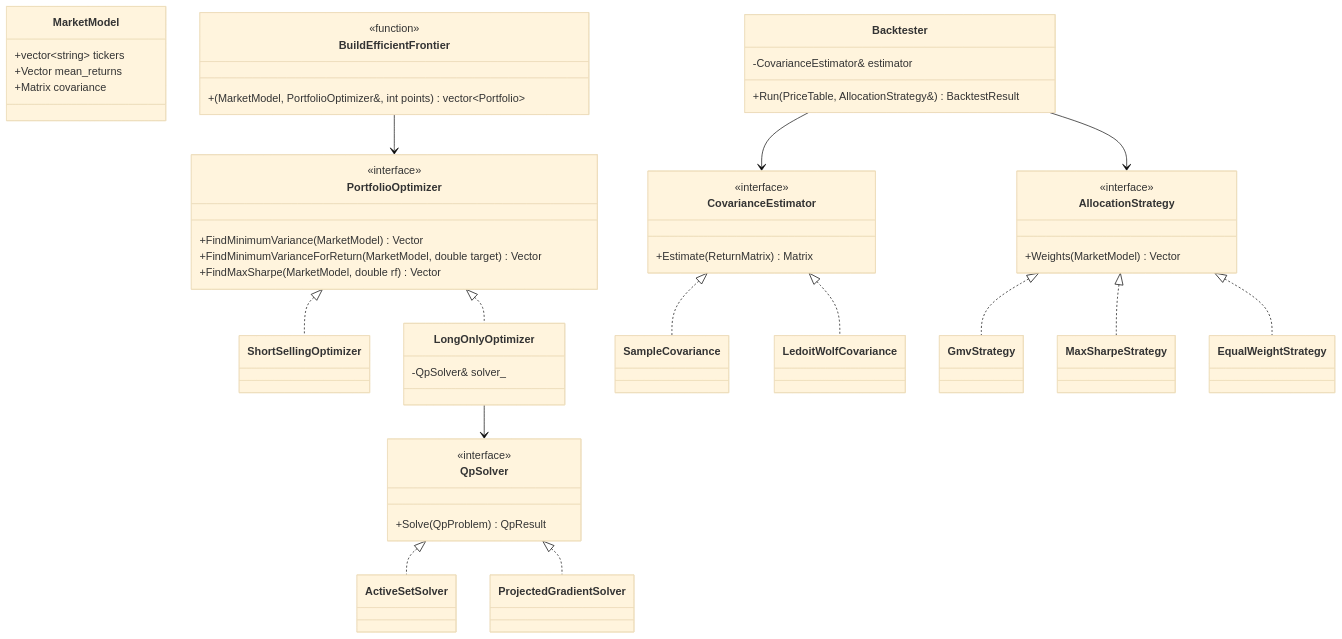
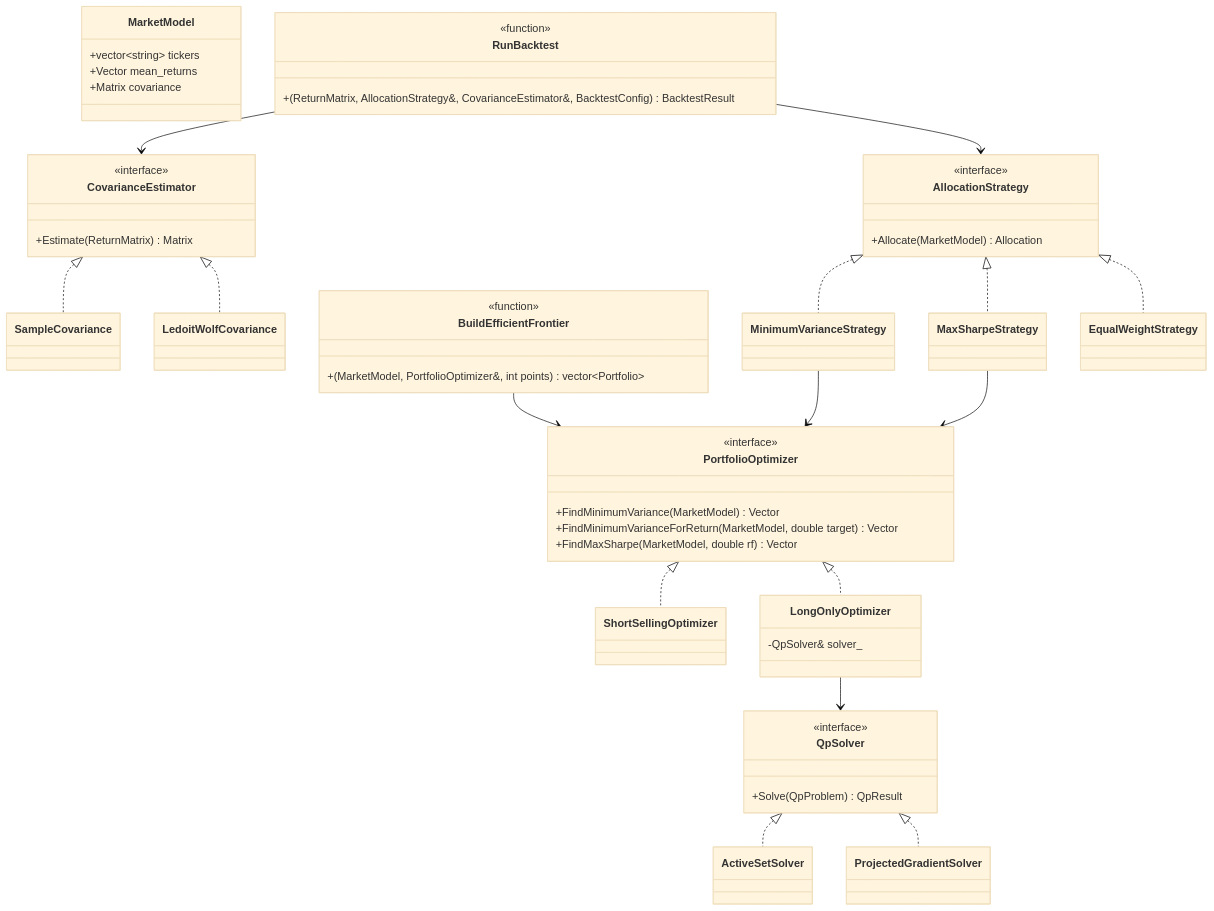
One commit to NeuroWorknotNeo/Software-Engineering-Project changed the second of 3 diagrams in docs/ARCHITECTURE.md. Above: the diagram before and after it, drawn with Mermaid (base theme). The commit also changed other lines of this file and 18 other files, not shown here.

````diff
--- a/docs/ARCHITECTURE.md
+++ b/docs/ARCHITECTURE.md
@@ -41,55 +41,57 @@
 ```mermaid
 classDiagram
     class CovarianceEstimator {
         <<interface>>
         +Estimate(ReturnMatrix) Matrix
     }
     CovarianceEstimator <|.. SampleCovariance
     CovarianceEstimator <|.. LedoitWolfCovariance
 
     class MarketModel {
         +vector~string~ tickers
         +Vector mean_returns
         +Matrix covariance
     }
 
     class QpSolver {
         <<interface>>
         +Solve(QpProblem) QpResult
     }
     QpSolver <|.. ActiveSetSolver
     QpSolver <|.. ProjectedGradientSolver
 
     class PortfolioOptimizer {
         <<interface>>
         +FindMinimumVariance(MarketModel) Vector
         +FindMinimumVarianceForReturn(MarketModel, double target) Vector
         +FindMaxSharpe(MarketModel, double rf) Vector
     }
     PortfolioOptimizer <|.. ShortSellingOptimizer
     PortfolioOptimizer <|.. LongOnlyOptimizer
     class LongOnlyOptimizer {
         -QpSolver& solver_
     }
     LongOnlyOptimizer --> QpSolver
     class BuildEfficientFrontier {
         <<function>>
         +(MarketModel, PortfolioOptimizer&, int points) vector~Portfolio~
     }
     BuildEfficientFrontier --> PortfolioOptimizer
 
     class AllocationStrategy {
         <<interface>>
-        +Weights(MarketModel) Vector
+        +Allocate(MarketModel) Allocation
     }
-    AllocationStrategy <|.. GmvStrategy
+    AllocationStrategy <|.. MinimumVarianceStrategy
     AllocationStrategy <|.. MaxSharpeStrategy
     AllocationStrategy <|.. EqualWeightStrategy
+    MinimumVarianceStrategy --> PortfolioOptimizer
+    MaxSharpeStrategy --> PortfolioOptimizer
 
-    class Backtester {
-        -CovarianceEstimator& estimator
-        +Run(PriceTable, AllocationStrategy&) BacktestResult
+    class RunBacktest {
+        <<function>>
+        +(ReturnMatrix, AllocationStrategy&, CovarianceEstimator&, BacktestConfig) BacktestResult
     }
-    Backtester --> CovarianceEstimator
-    Backtester --> AllocationStrategy
+    RunBacktest --> CovarianceEstimator
+    RunBacktest --> AllocationStrategy
 ```
````
